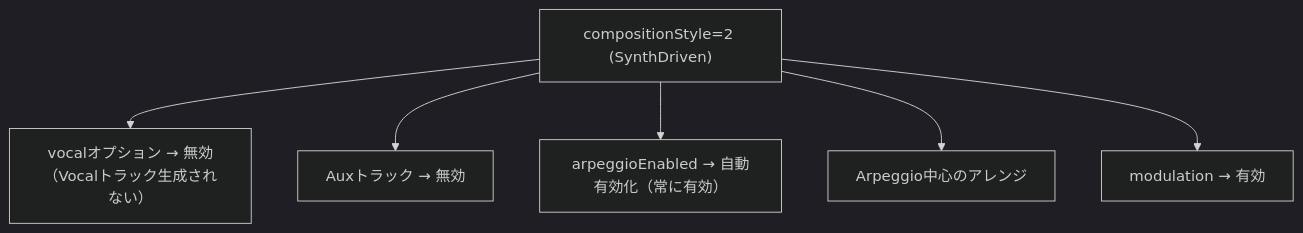
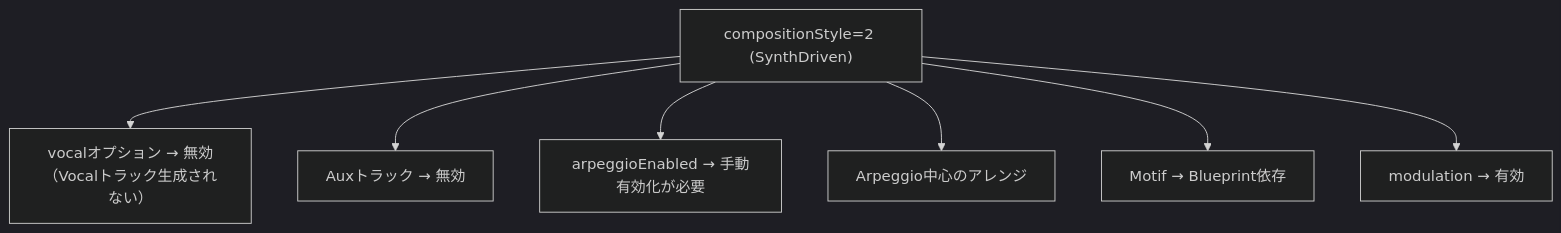
One commit to libraz/midi-sketch-homepage changed diagram 11 of 13 in src/ja/docs/option-relationships.md. Above: the diagram before and after it, drawn with Mermaid (dark theme). The commit also changed other lines of this file and 24 other files, not shown here.

````diff
--- a/src/ja/docs/option-relationships.md
+++ b/src/ja/docs/option-relationships.md
@@ -167,9 +210,10 @@
 ```mermaid
 graph TD
     SD["compositionStyle=2 (SynthDriven)"]
     SD --> SD1["vocalオプション → 無効（Vocalトラック生成されない）"]
     SD --> SD2["Auxトラック → 無効"]
-    SD --> SD3["arpeggioEnabled → 自動有効化（常に有効）"]
+    SD --> SD3["arpeggioEnabled → 手動有効化が必要"]
     SD --> SD4["Arpeggio中心のアレンジ"]
-    SD --> SD5["modulation → 有効"]
+    SD --> SD5["Motif → Blueprint依存"]
+    SD --> SD6["modulation → 有効"]
 ```
````
